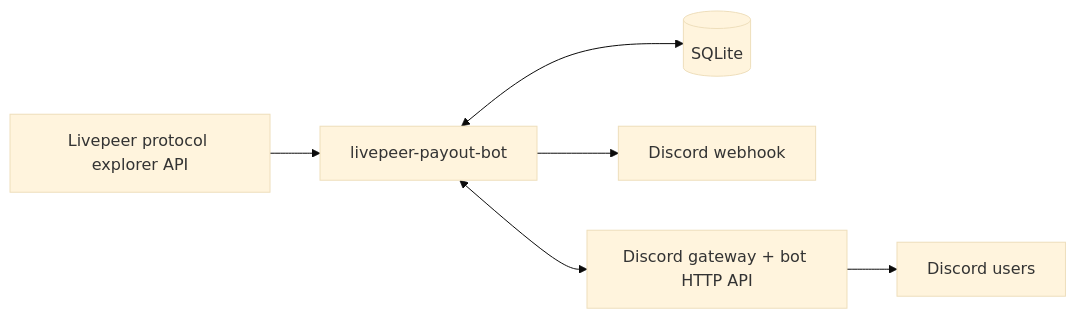
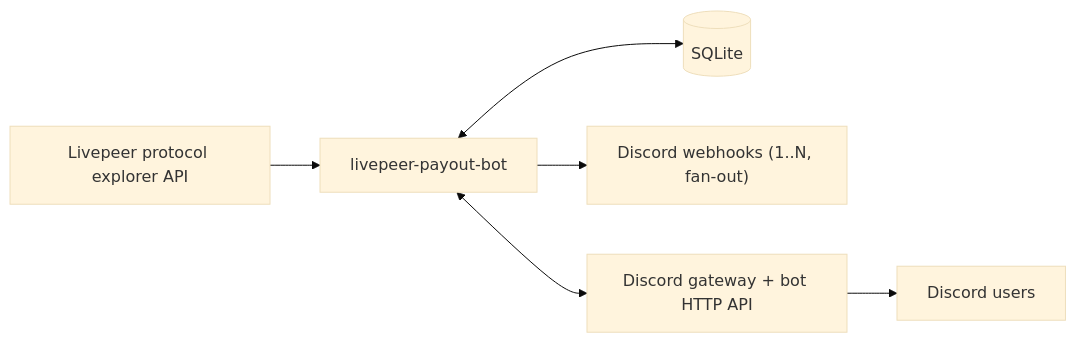
One commit to Cloud-SPE/livepeer-network-bot changed the first of 10 diagrams in docs/design-docs/architecture.md. Above: the diagram before and after it, drawn with Mermaid (base theme). The commit also changed other lines of this file and 8 other files, not shown here.

````diff
--- a/docs/design-docs/architecture.md
+++ b/docs/design-docs/architecture.md
@@ -17,15 +17,15 @@
 ```mermaid
 flowchart LR
     Explorer["Livepeer protocol explorer API"]
     Bot["livepeer-payout-bot"]
     Sqlite[("SQLite")]
-    Webhook["Discord webhook"]
+    Webhook["Discord webhooks (1..N, fan-out)"]
     Gateway["Discord gateway + bot HTTP API"]
     Users["Discord users"]
 
     Explorer --> Bot
     Bot <--> Sqlite
     Bot --> Webhook
     Bot <--> Gateway
     Gateway --> Users
 ```
````
